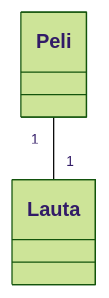
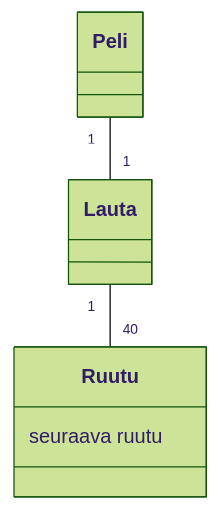
Before and after one commit to phuvio/ot-harjoitustyo: the diagram in laskarit/viikko3/monopoli.md, drawn with Mermaid (forest theme).

````diff
--- a/laskarit/viikko3/monopoli.md
+++ b/laskarit/viikko3/monopoli.md
@@ -3,8 +3,12 @@
 ```mermaid
  classDiagram
       Peli "1"--"1" Lauta
+      Lauta "1"--"40" Ruutu
       class Peli{
       }
       class Lauta{
       }
+      class Ruutu{
+      seuraava ruutu
+      }
 ```
````
